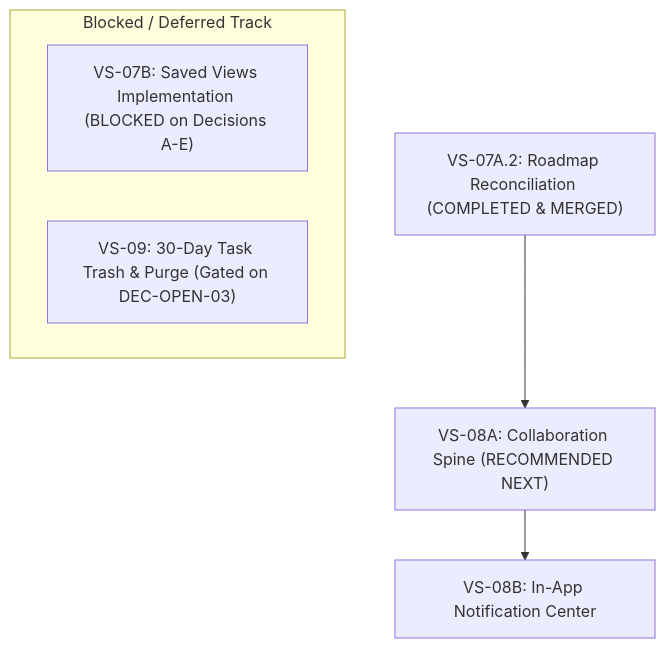
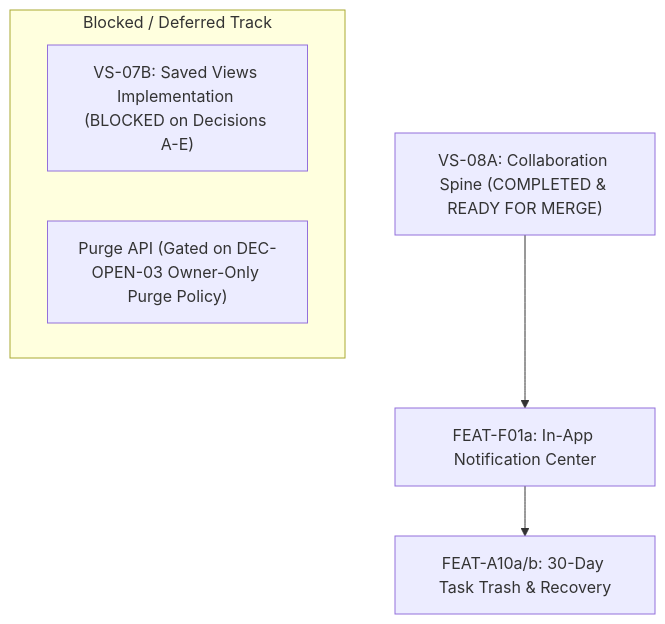
The first of 2 diagrams in docs/04-implementation/sonder-project-progress-tracker.md (Samudra-Bose/sonder), drawn with Mermaid before and after one commit. The commit also changed other lines of this file and 20 other files, not shown here.

````diff
--- a/docs/04-implementation/sonder-project-progress-tracker.md
+++ b/docs/04-implementation/sonder-project-progress-tracker.md
@@ -46,10 +47,10 @@
 ```mermaid
 flowchart TD
-    Current["VS-07A.2: Roadmap Reconciliation (COMPLETED & MERGED)"] --> Next["VS-08A: Collaboration Spine (RECOMMENDED NEXT)"]
-    Next --> FollowUp["VS-08B: In-App Notification Center"]
+    Current["VS-08A: Collaboration Spine (COMPLETED & READY FOR MERGE)"] --> Next["FEAT-F01a: In-App Notification Center"]
+    Next --> FollowUp["FEAT-A10a/b: 30-Day Task Trash & Recovery"]
     
     subgraph Deferred ["Blocked / Deferred Track"]
         SV["VS-07B: Saved Views Implementation (BLOCKED on Decisions A-E)"]
-        Trash["VS-09: 30-Day Task Trash & Purge (Gated on DEC-OPEN-03)"]
+        Trash["Purge API (Gated on DEC-OPEN-03 Owner-Only Purge Policy)"]
     end
 ```
````
